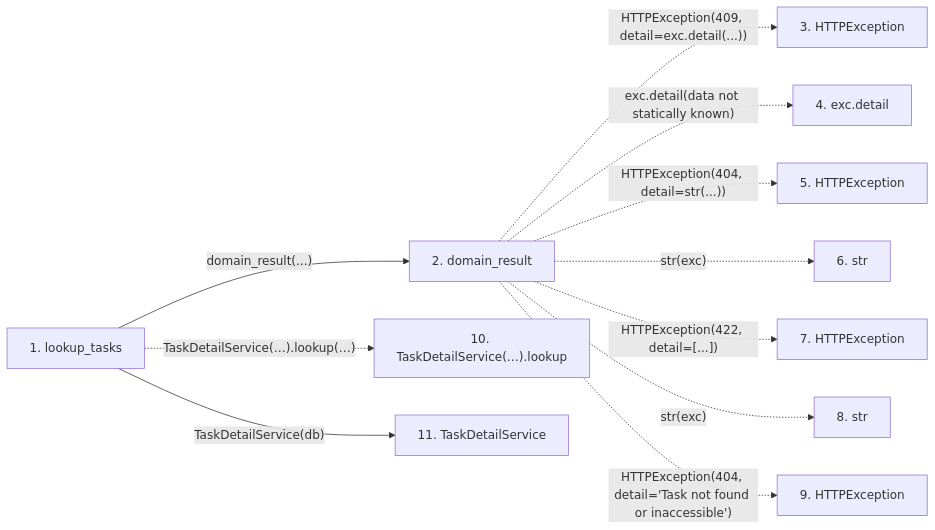
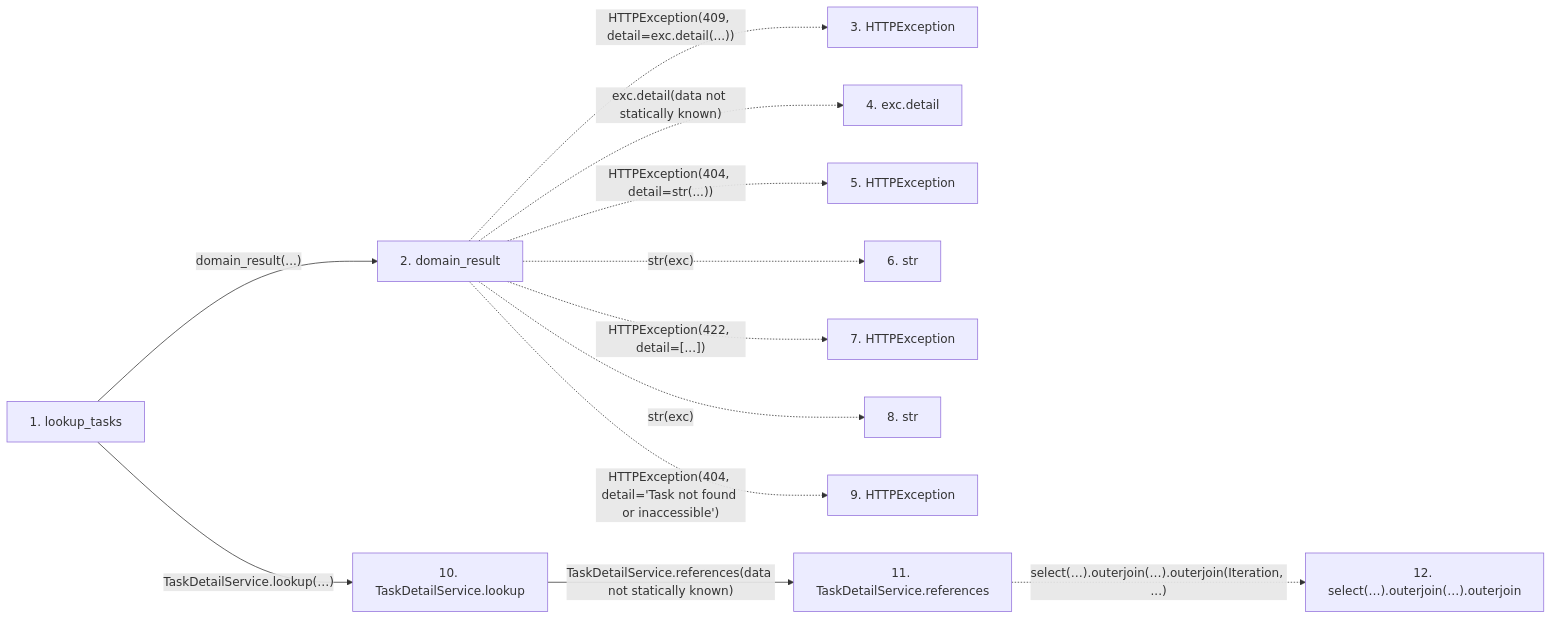
Before and after one commit to Denissvgn/WorkChord: the second of 2 diagrams in docs/llm_wiki/flows/http-lookup_tasks.md, drawn with Mermaid. The commit also changed other lines of this file and 25171 other files, not shown here.

````diff
--- a/docs/llm_wiki/flows/http-lookup_tasks.md
+++ b/docs/llm_wiki/flows/http-lookup_tasks.md
@@ -34,27 +127,30 @@
 ```mermaid
 flowchart LR
     s1["1. lookup_tasks"]
     s2["2. domain_result"]
     s3["3. HTTPException"]
     s4["4. exc.detail"]
     s5["5. HTTPException"]
     s6["6. str"]
     s7["7. HTTPException"]
     s8["8. str"]
     s9["9. HTTPException"]
-    s10["10. TaskDetailService(…).lookup"]
-    s11["11. TaskDetailService"]
+    s10["10. TaskDetailService.lookup"]
+    s11["11. TaskDetailService.references"]
+    s12["12. select(…).outerjoin(…).outerjoin"]
     s1 -->|"domain_result(...)"| s2
     s2 -. "HTTPException(409, detail=exc.detail(...))" .-> s3
     s2 -. "exc.detail(data not statically known)" .-> s4
     s2 -. "HTTPException(404, detail=str(...))" .-> s5
     s2 -. "str(exc)" .-> s6
     s2 -. "HTTPException(422, detail=[...])" .-> s7
     s2 -. "str(exc)" .-> s8
     s2 -. "HTTPException(404, detail='Task not found or inaccessible')" .-> s9
-    s1 -. "TaskDetailService(…).lookup(…)" .-> s10
-    s1 -->|"TaskDetailService(db)"| s11
+    s1 -->|"TaskDetailService.lookup(…)"| s10
+    s10 -->|"TaskDetailService.references(data not statically known)"| s11
+    s11 -. "select(…).outerjoin(…).outerjoin(Iteration, ...)" .-> s12
     click s1 "../modules/routers_task_domain.md"
     click s2 "../modules/routers_task_domain.md"
+    click s10 "../modules/task_detail_service.md"
     click s11 "../modules/task_detail_service.md"
 ```
````
